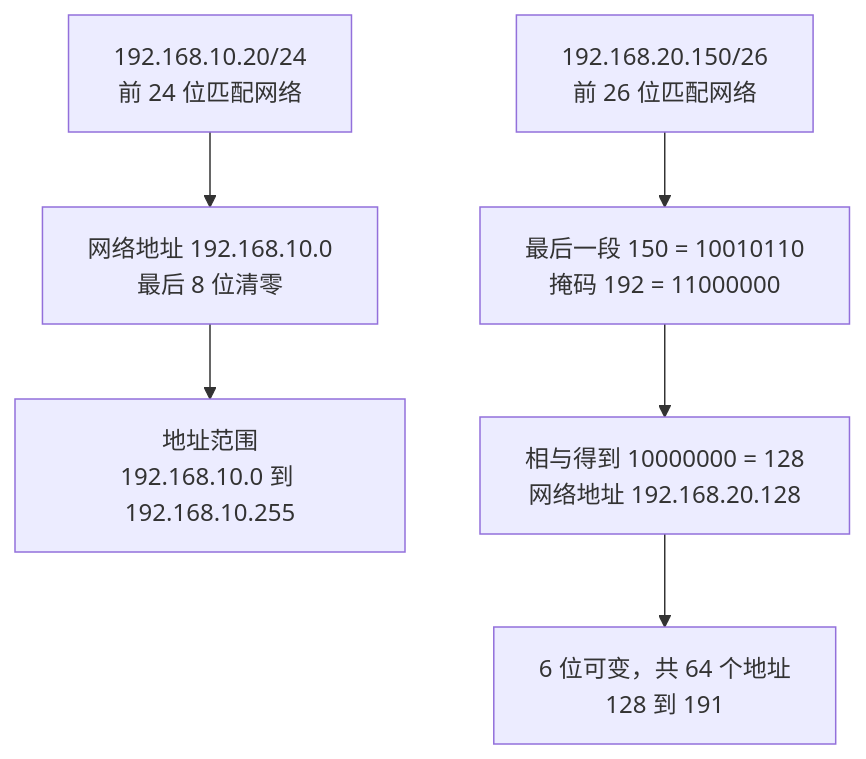
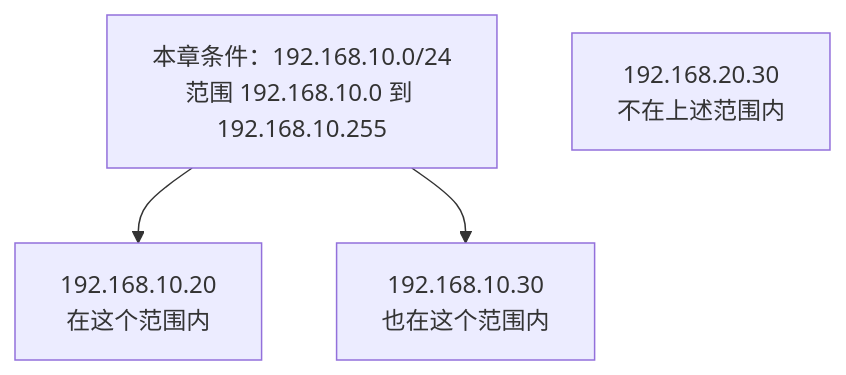
Before and after one commit to sonofmagic/easytier-docs: the diagram in apps/website/chapters/03-addresses.md, drawn with Mermaid. The commit also changed other lines of this file and 59 other files, not shown here.

````diff
--- a/apps/website/chapters/03-addresses.md
+++ b/apps/website/chapters/03-addresses.md
@@ -28,8 +54,7 @@
 ```mermaid
 flowchart TD
-    A["192.168.10.20/24<br/>前 24 位匹配网络"] --> N["网络地址 192.168.10.0<br/>最后 8 位清零"]
-    N --> S["地址范围<br/>192.168.10.0 到 192.168.10.255"]
-    B["192.168.20.150/26<br/>前 26 位匹配网络"] --> M["最后一段 150 = 10010110<br/>掩码 192 = 11000000"]
-    M --> R["相与得到 10000000 = 128<br/>网络地址 192.168.20.128"]
-    R --> E["6 位可变，共 64 个地址<br/>128 到 191"]
+  Range["本章条件：192.168.10.0/24<br/>范围 192.168.10.0 到 192.168.10.255"]
+  Range --> A["192.168.10.20<br/>在这个范围内"]
+  Range --> Other["192.168.10.30<br/>也在这个范围内"]
+  Outside["192.168.20.30<br/>不在上述范围内"]
 ```
````
